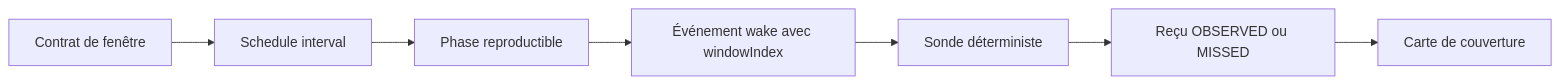
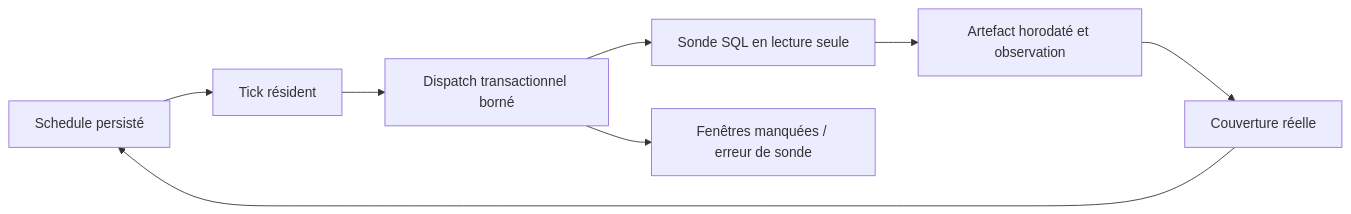
One commit to PISSARAW/GenOS changed the diagram in docs/02-orchestration/chronotaxie-aperiodique.md. Above: the diagram before and after it, drawn with Mermaid. The commit also changed other lines of this file and 67 other files, not shown here.

````diff
--- a/docs/02-orchestration/chronotaxie-aperiodique.md
+++ b/docs/02-orchestration/chronotaxie-aperiodique.md
@@ -49,9 +40,10 @@
 ```mermaid
 flowchart LR
-  C[Contrat de fenêtre] --> S[Schedule interval]
-  S --> P[Phase reproductible]
-  P --> W[Événement wake avec windowIndex]
-  W --> O[Sonde déterministe]
-  O --> R[Reçu OBSERVED ou MISSED]
-  R --> M[Carte de couverture]
+  S[Schedule persisté] --> T[Tick résident]
+  T --> D[Dispatch transactionnel borné]
+  D --> P[Sonde SQL en lecture seule]
+  P --> R[Artefact horodaté et observation]
+  R --> C[Couverture réelle]
+  C --> S
+  D --> M[Fenêtres manquées / erreur de sonde]
 ```
````
